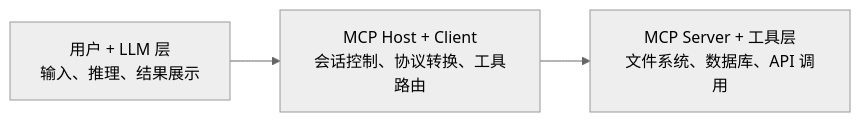
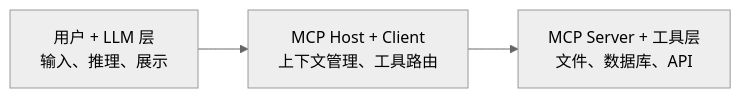
One commit to crashingby/homepage changed the seventh of 9 diagrams in src/content/blog/Software-Construction/Chap04.md. Above: the diagram before and after it, drawn with Mermaid (neutral theme). The commit also changed other lines of this file and 6 other files, not shown here.

````diff
--- a/src/content/blog/Software-Construction/Chap04.md
+++ b/src/content/blog/Software-Construction/Chap04.md
@@ -342,5 +261,5 @@
 ```mermaid
 flowchart LR
-  A["用户 + LLM 层<br/>输入、推理、结果展示"] --> B["MCP Host + Client<br/>会话控制、协议转换、工具路由"]
-  B --> C["MCP Server + 工具层<br/>文件系统、数据库、API 调用"]
+  User["用户 + LLM 层<br/>输入、推理、展示"] --> Host["MCP Host + Client<br/>上下文管理、工具路由"]
+  Host --> Server["MCP Server + 工具层<br/>文件、数据库、API"]
 ```
````
